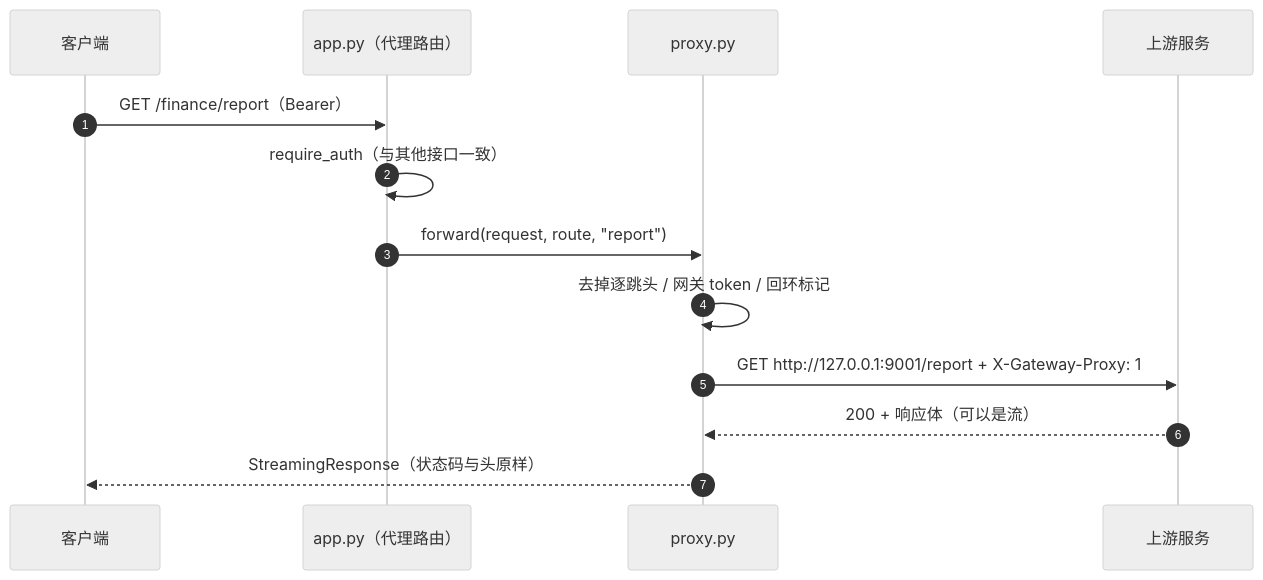
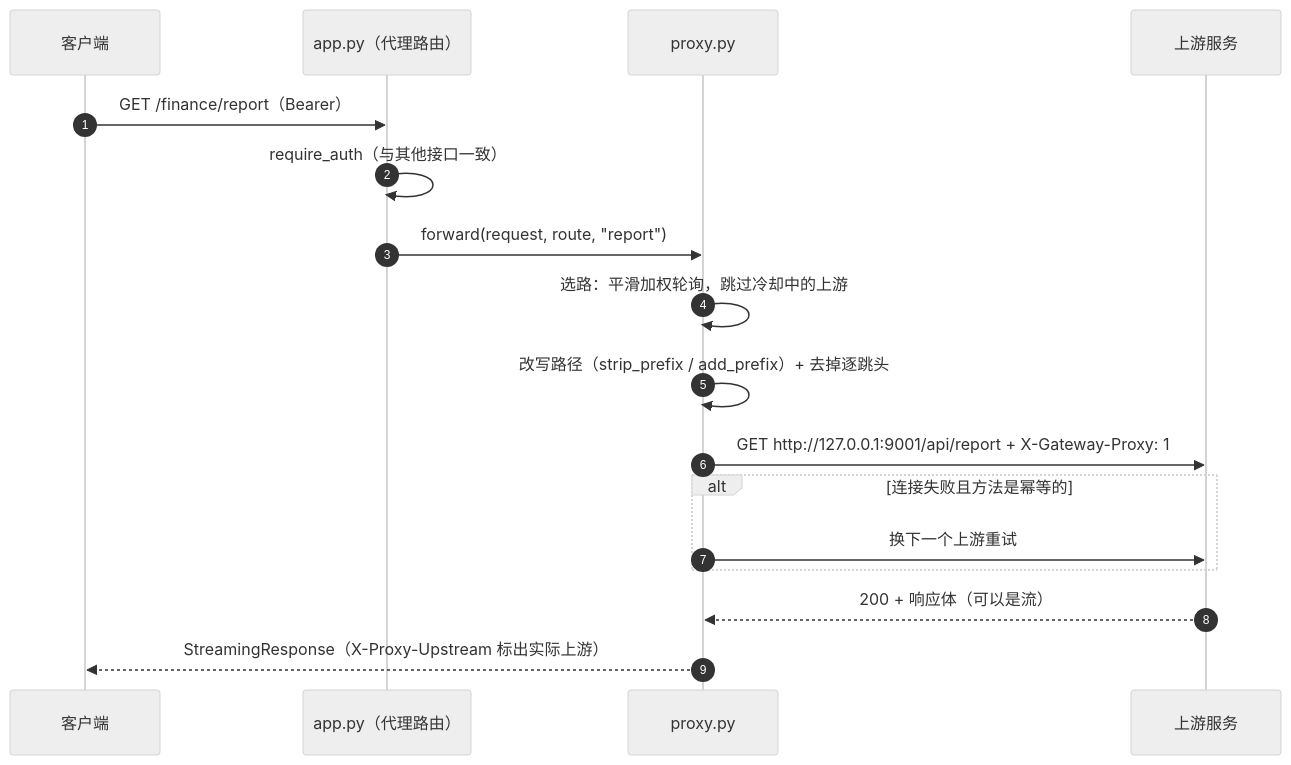
One commit to yeyangdongdong/ydd_python_gateway_origion changed the fifth of 7 diagrams in docs/architecture.md. Above: the diagram before and after it, drawn with Mermaid (neutral theme). The commit also changed other lines of this file and 9 other files, not shown here.

````diff
--- a/docs/architecture.md
+++ b/docs/architecture.md
@@ -227,16 +227,20 @@
 ```mermaid
 sequenceDiagram
     autonumber
     participant C as 客户端
     participant A as app.py（代理路由）
     participant P as proxy.py
     participant U as 上游服务
 
     C->>A: GET /finance/report（Bearer）
     A->>A: require_auth（与其他接口一致）
     A->>P: forward(request, route, "report")
-    P->>P: 去掉逐跳头 / 网关 token / 回环标记
-    P->>U: GET http://127.0.0.1:9001/report + X-Gateway-Proxy: 1
+    P->>P: 选路：平滑加权轮询，跳过冷却中的上游
+    P->>P: 改写路径（strip_prefix / add_prefix）+ 去掉逐跳头
+    P->>U: GET http://127.0.0.1:9001/api/report + X-Gateway-Proxy: 1
+    alt 连接失败且方法是幂等的
+        P->>U: 换下一个上游重试
+    end
     U-->>P: 200 + 响应体（可以是流）
-    P-->>C: StreamingResponse（状态码与头原样）
+    P-->>C: StreamingResponse（X-Proxy-Upstream 标出实际上游）
 ```
````
